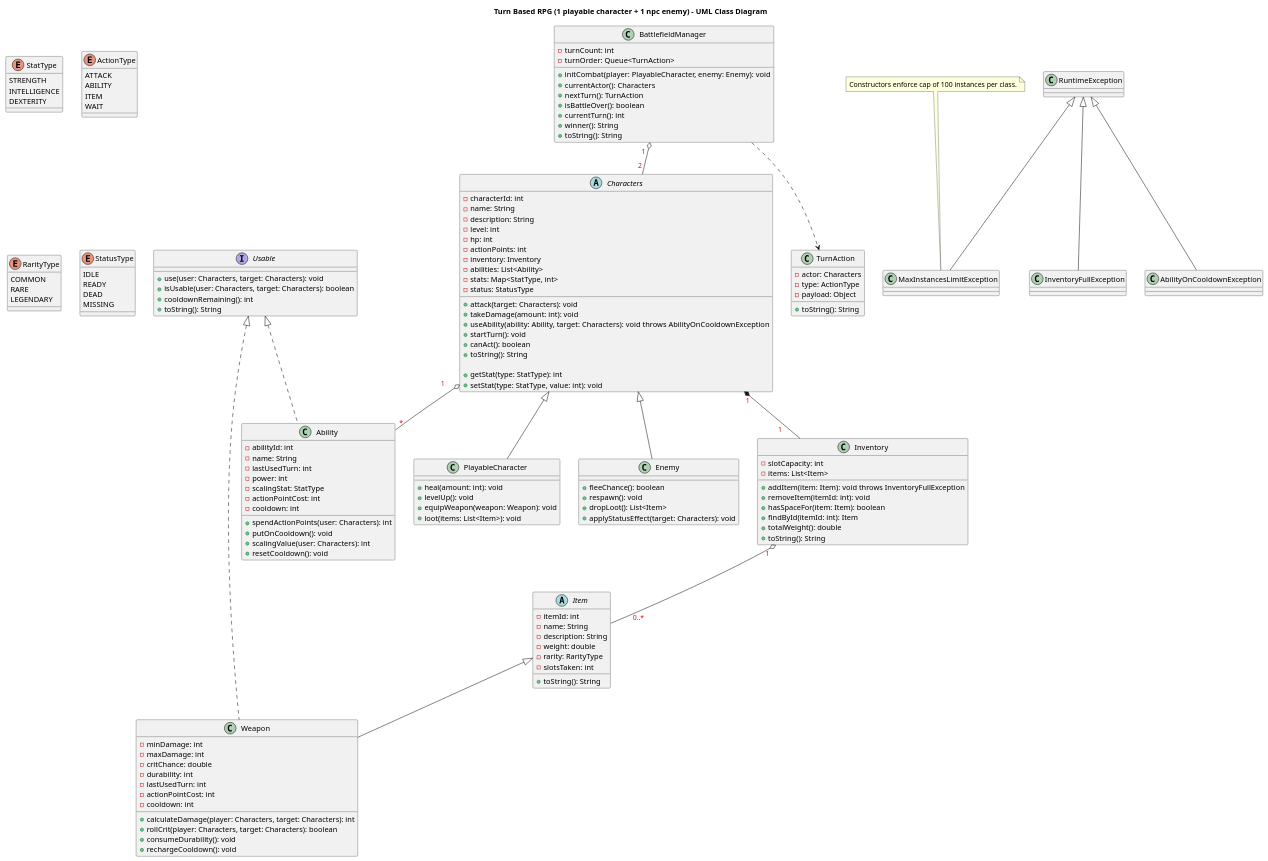
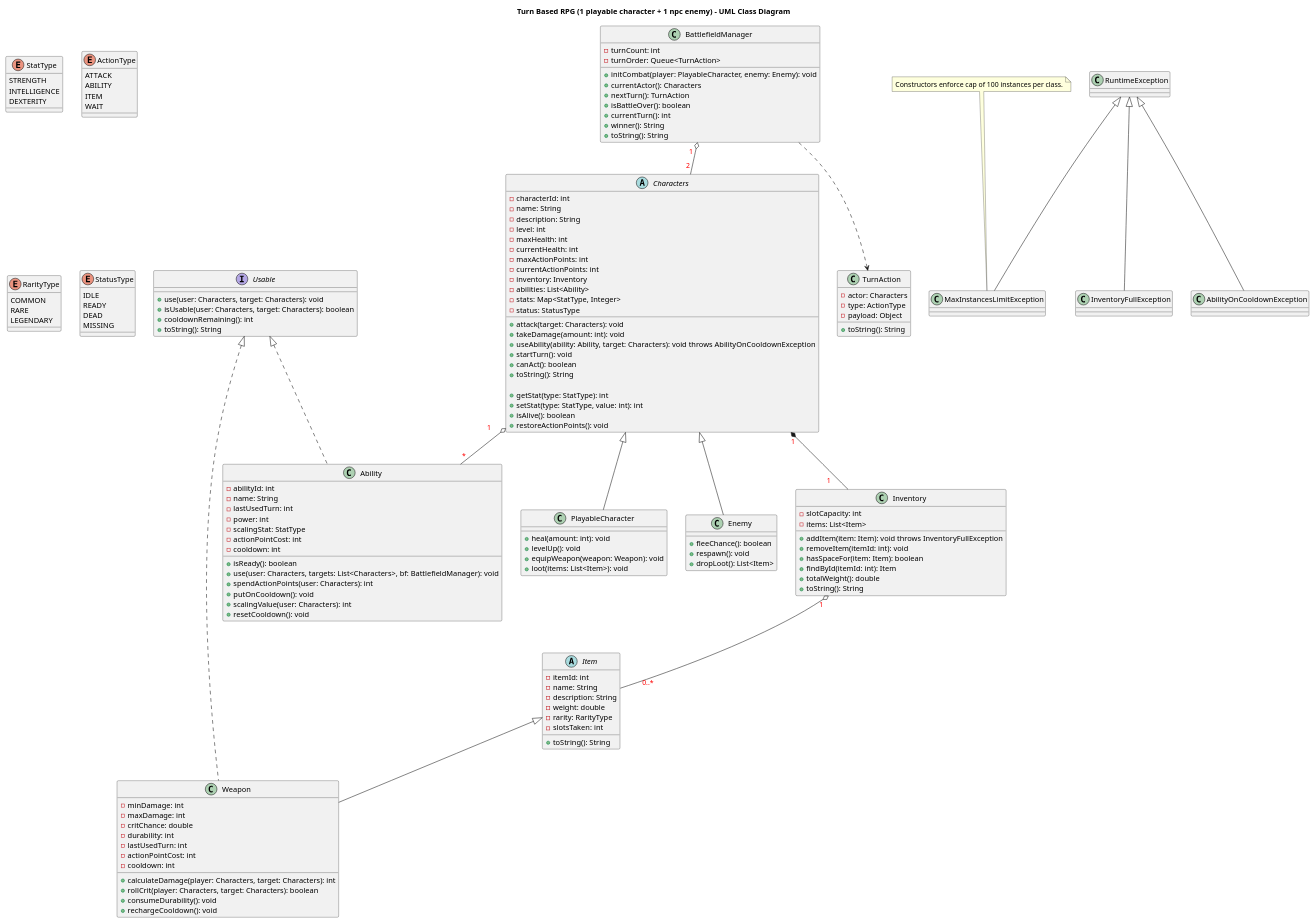
One commit to ray-sjsu/cs-151-fall-2025-project changed the diagram in turn-based-rpg-uml-diagram.puml. Above: the diagram before and after it, drawn with PlantUML. The commit also changed 1 other file, not shown here.

Commit message:
Remove statusEffects, and update uml diagram for compatibility between BattlefieldManager, Characters, and Ability

```diff
--- a/turn-based-rpg-uml-diagram.puml
+++ b/turn-based-rpg-uml-diagram.puml
@@ -1,163 +1,169 @@
 @startuml
 title Turn Based RPG (1 playable character + 1 npc enemy) - UML Class Diagram
 
 ' @Enums
 enum StatType {
     STRENGTH
     INTELLIGENCE
     DEXTERITY
 }
 enum ActionType {
     ATTACK
     ABILITY
     ITEM
     WAIT
 }
 enum RarityType {
     COMMON
     RARE
     LEGENDARY
 }
 enum StatusType {
     IDLE
     READY
     DEAD
     MISSING
 }
 
 ' @Interfaces
 interface Usable {
     +use(user: Characters, target: Characters): void
     +isUsable(user: Characters, target: Characters): boolean
     +cooldownRemaining(): int
     +toString(): String
 }
 
 ' @Exceptions
 class MaxInstancesLimitException extends RuntimeException
 class InventoryFullException extends RuntimeException
 class AbilityOnCooldownException extends RuntimeException
 
 ' @Characters
 abstract class Characters {
     - characterId: int
     - name: String
     - description: String
     - level: int
-    - hp: int
-    - actionPoints: int
+    - maxHealth: int
+    - currentHealth: int
+    - maxActionPoints: int
+    - currentActionPoints: int
     - inventory: Inventory
     - abilities: List<Ability>
-    - stats: Map<StatType, int>
+    - stats: Map<StatType, Integer>
     - status: StatusType
 
-    +attack(target: Characters): void
-    +takeDamage(amount: int): void
-    +useAbility(ability: Ability, target: Characters): void throws AbilityOnCooldownException
-    +startTurn(): void
-    +canAct(): boolean
-    +toString(): String
+    + attack(target: Characters): void
+    + takeDamage(amount: int): void
+    + useAbility(ability: Ability, target: Characters): void throws AbilityOnCooldownException
+    + startTurn(): void
+    + canAct(): boolean
+    + toString(): String
 
-    +getStat(type: StatType): int
-    +setStat(type: StatType, value: int): void
+    + getStat(type: StatType): int
+    + setStat(type: StatType, value: int): int
+    + isAlive(): boolean
+    + restoreActionPoints(): void
 }
 class PlayableCharacter extends Characters {
     +heal(amount: int): void
     +levelUp(): void
     +equipWeapon(weapon: Weapon): void
     +loot(items: List<Item>): void
 }
 class Enemy extends Characters {
     +fleeChance(): boolean
     +respawn(): void
     +dropLoot(): List<Item>
-    +applyStatusEffect(target: Characters): void
+    ' Removed for now: +applyStatusEffect(target: Characters): void
 }
 
 ' @Inventory, Items, Weapons, and Abilities
 class Inventory {
     -slotCapacity: int
     -items: List<Item>
 
     +addItem(item: Item): void throws InventoryFullException
     +removeItem(itemId: int): void
     +hasSpaceFor(item: Item): boolean
     +findById(itemId: int): Item
     +totalWeight(): double
     +toString(): String
 }
 abstract class Item {
     -itemId: int
     -name: String
     -description: String
     -weight: double
     -rarity: RarityType
     -slotsTaken: int
 
     +toString(): String
 }
 class Weapon extends Item implements Usable {
     -minDamage: int
     -maxDamage: int
     -critChance: double
     -durability: int
     -lastUsedTurn: int
     -actionPointCost: int
     -cooldown: int
 
     +calculateDamage(player: Characters, target: Characters): int
     +rollCrit(player: Characters, target: Characters): boolean
     +consumeDurability(): void
     +rechargeCooldown(): void
 }
 class Ability implements Usable {
     -abilityId: int
     -name: String
     -lastUsedTurn: int
     -power: int
     -scalingStat: StatType
     -actionPointCost: int
     -cooldown: int
 
+    +isReady(): boolean
+    +use(user: Characters, targets: List<Characters>, bf: BattlefieldManager): void
     +spendActionPoints(user: Characters): int
     +putOnCooldown(): void
     +scalingValue(user: Characters): int
     +resetCooldown(): void
 }
 
 ' @BattleFieldManager and TurnAction
 class BattlefieldManager {
     -turnCount: int
     -turnOrder: Queue<TurnAction>
 
     +initCombat(player: PlayableCharacter, enemy: Enemy): void
     +currentActor(): Characters
     +nextTurn(): TurnAction
     +isBattleOver(): boolean
     +currentTurn(): int
     +winner(): String
     +toString(): String
 }
 class TurnAction {
     -actor: Characters
     -type: ActionType
     -payload: Object
 
     +toString(): String
 }
 
 ' @Relationships
 Characters "<color:red>1</color>" *-- "<color:red>1       </color>" Inventory
 Characters "<color:red>1      </color>" o-- "<color:red>*</color>" Ability
 
 Inventory "<color:red>  1</color>" o-- "<color:red>          0..*</color>" Item
 
 BattlefieldManager "<color:red>1  </color>" o-- "<color:red>2 </color>" Characters
 BattlefieldManager ..> TurnAction
 
 
 note top of MaxInstancesLimitException
 Constructors enforce cap of 100 instances per class.
 end note
 
 @enduml
```
